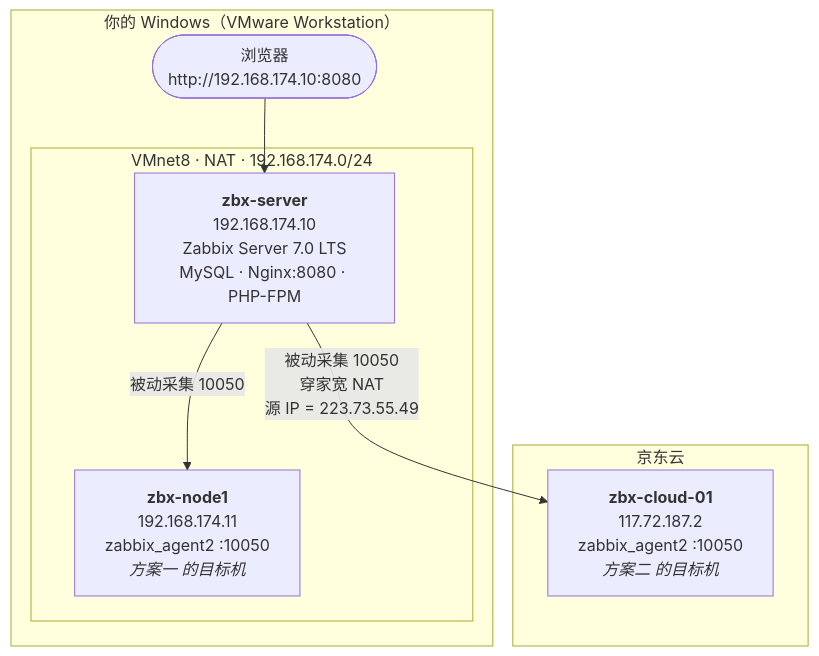
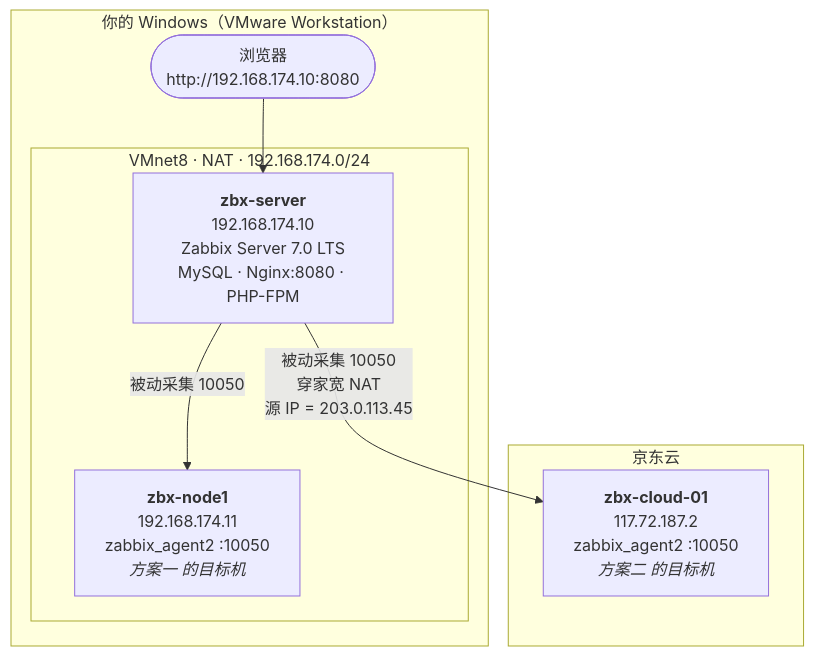
Before and after one commit to azlove2021/zabbix-lab: the first of 3 diagrams in docs/Zabbix-7.0-LTS-安装部署实战.md, drawn with Mermaid. The commit also changed other lines of this file and 4 other files, not shown here.

````diff
--- a/docs/Zabbix-7.0-LTS-安装部署实战.md
+++ b/docs/Zabbix-7.0-LTS-安装部署实战.md
@@ -37,18 +100,18 @@
 ```mermaid
 flowchart TB
     subgraph HOST["你的 Windows（VMware Workstation）"]
         subgraph NAT["VMnet8 · NAT · 192.168.174.0/24"]
             VM1["<b>zbx-server</b><br/>192.168.174.10<br/>Zabbix Server 7.0 LTS<br/>MySQL · Nginx:8080 · PHP-FPM"]
             VM2["<b>zbx-node1</b><br/>192.168.174.11<br/>zabbix_agent2 :10050<br/><i>方案一 的目标机</i>"]
         end
         BROWSER(["浏览器<br/>http://192.168.174.10:8080"])
     end
 
     subgraph CLOUD["京东云"]
         VM3["<b>zbx-cloud-01</b><br/>117.72.187.2<br/>zabbix_agent2 :10050<br/><i>方案二 的目标机</i>"]
     end
 
     BROWSER --> VM1
     VM1 -- "被动采集 10050" --> VM2
-    VM1 -- "被动采集 10050<br/>穿家宽 NAT<br/>源 IP = 223.73.55.49" --> VM3
+    VM1 -- "被动采集 10050<br/>穿家宽 NAT<br/>源 IP = 203.0.113.45" --> VM3
 ```
````
